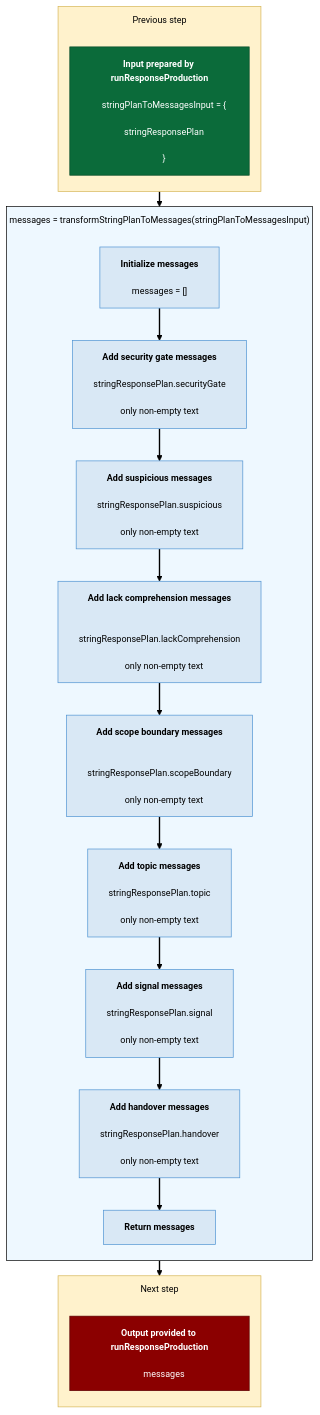
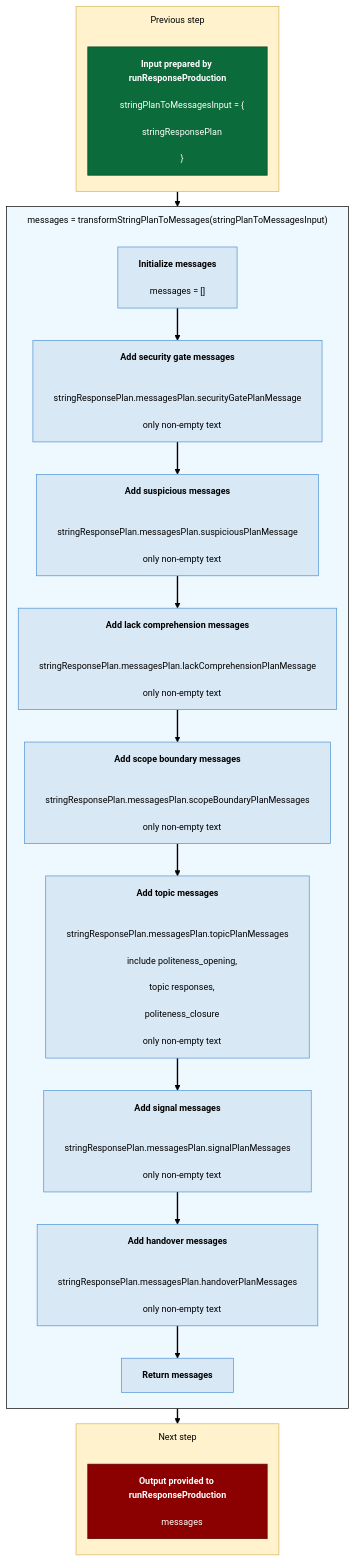
Before and after one commit to linagora/automatisation-support: the third of 3 diagrams in docs/supportProcessingPipelines/responseProductionPipeline.md, drawn with Mermaid. The commit also changed other lines of this file and 13 other files, not shown here.

```diff
--- a/docs/supportProcessingPipelines/responseProductionPipeline.md
+++ b/docs/supportProcessingPipelines/responseProductionPipeline.md
@@ -229,31 +227,34 @@
     messages = []"]
 
     T_SECURITY["<b>Add security gate messages</b><br/>
-    stringResponsePlan.securityGate<br/>
+    stringResponsePlan.messagesPlan.securityGatePlanMessage<br/>
     only non-empty text"]
 
     T_SUSPICIOUS["<b>Add suspicious messages</b><br/>
-    stringResponsePlan.suspicious<br/>
+    stringResponsePlan.messagesPlan.suspiciousPlanMessage<br/>
     only non-empty text"]
 
     T_LACK["<b>Add lack comprehension messages</b><br/>
-    stringResponsePlan.lackComprehension<br/>
+    stringResponsePlan.messagesPlan.lackComprehensionPlanMessage<br/>
     only non-empty text"]
 
     T_SCOPE["<b>Add scope boundary messages</b><br/>
-    stringResponsePlan.scopeBoundary<br/>
+    stringResponsePlan.messagesPlan.scopeBoundaryPlanMessages<br/>
     only non-empty text"]
 
     T_TOPIC["<b>Add topic messages</b><br/>
-    stringResponsePlan.topic<br/>
+    stringResponsePlan.messagesPlan.topicPlanMessages<br/>
+    include politeness_opening,<br/>
+    topic responses,<br/>
+    politeness_closure<br/>
     only non-empty text"]
 
     T_SIGNAL["<b>Add signal messages</b><br/>
-    stringResponsePlan.signal<br/>
+    stringResponsePlan.messagesPlan.signalPlanMessages<br/>
     only non-empty text"]
 
     T_HANDOVER["<b>Add handover messages</b><br/>
-    stringResponsePlan.handover<br/>
+    stringResponsePlan.messagesPlan.handoverPlanMessages<br/>
     only non-empty text"]
 
     T_RETURN["<b>Return messages</b>"]
```
